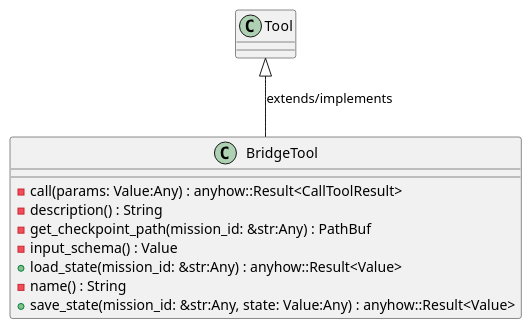
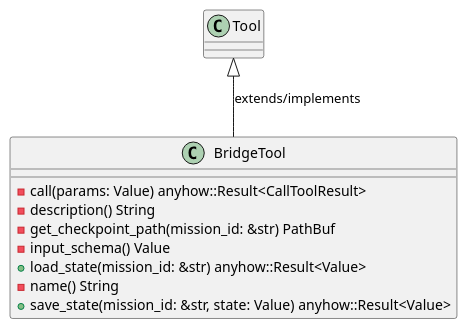
The first of 6 diagrams in openwiki/crates_factory_mcp_server_src_tools_bridge.md (lgcorzo/rust_CACD_autonomous_factory), drawn with PlantUML before and after one commit. The commit also changed other lines of this file and 97 other files, not shown here.

First line of the commit message:
Fix Rust AST parsing for method and function parameters, and update OKF UML frontmatter

````diff
--- a/openwiki/crates_factory_mcp_server_src_tools_bridge.md
+++ b/openwiki/crates_factory_mcp_server_src_tools_bridge.md
@@ -131,15 +136,15 @@
 ```plantuml
 @startuml
 class BridgeTool {
-    -call(params: Value:Any) : anyhow::Result<CallToolResult>
-    -description() : String
-    -get_checkpoint_path(mission_id: &str:Any) : PathBuf
-    -input_schema() : Value
-    +load_state(mission_id: &str:Any) : anyhow::Result<Value>
-    -name() : String
-    +save_state(mission_id: &str:Any, state: Value:Any) : anyhow::Result<Value>
+    -call(params: Value) anyhow::Result<CallToolResult>
+    -description() String
+    -get_checkpoint_path(mission_id: &str) PathBuf
+    -input_schema() Value
+    +load_state(mission_id: &str) anyhow::Result<Value>
+    -name() String
+    +save_state(mission_id: &str, state: Value) anyhow::Result<Value>
 }
 Tool <|-- BridgeTool : extends/implements
 @enduml
 
 ```
````
